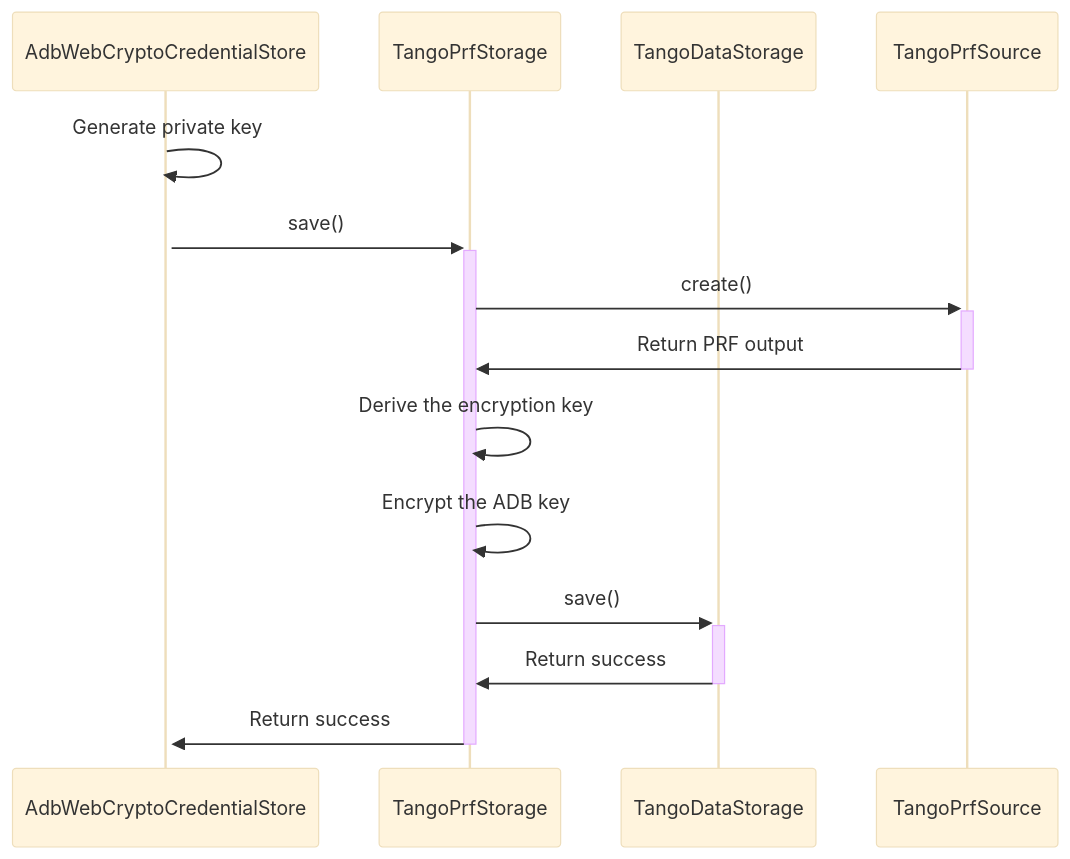
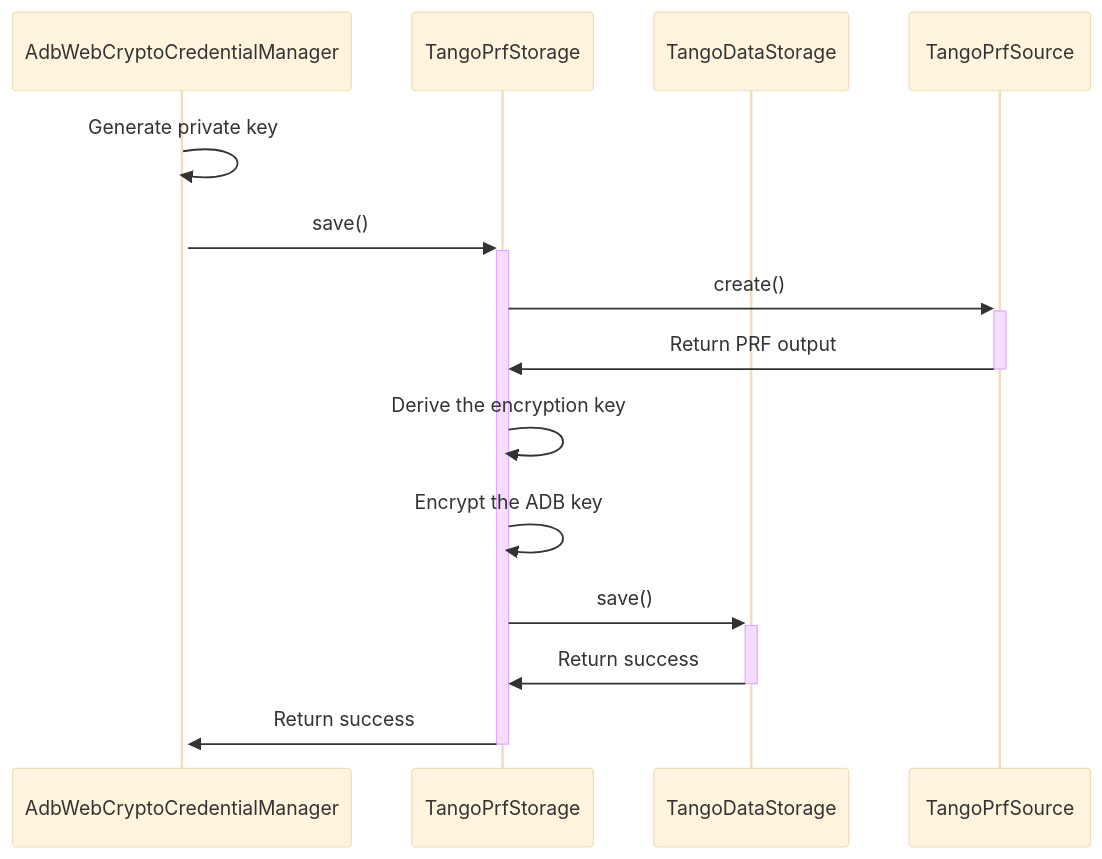
The third of 6 diagrams in docs/tango/daemon/credential-store/prf.mdx (tango-adb/docs), drawn with Mermaid (base theme) before and after one commit. The commit also changed other lines of this file and 8 other files, not shown here.

Commit message:
update credential manager section

````diff
--- a/docs/tango/daemon/credential-store/prf.mdx
+++ b/docs/tango/daemon/credential-store/prf.mdx
@@ -50,22 +50,22 @@
 ```mermaid
 sequenceDiagram
 
-participant AdbWebCryptoCredentialStore
+participant AdbWebCryptoCredentialManager
 participant TangoPrfStorage
 participant TangoDataStorage
 participant TangoPrfSource
 
-AdbWebCryptoCredentialStore->>+AdbWebCryptoCredentialStore: Generate private key
-AdbWebCryptoCredentialStore->>+TangoPrfStorage: save()
+AdbWebCryptoCredentialManager->>+AdbWebCryptoCredentialManager: Generate private key
+AdbWebCryptoCredentialManager->>+TangoPrfStorage: save()
 
 TangoPrfStorage->>+TangoPrfSource: create()
 TangoPrfSource->>-TangoPrfStorage: Return PRF output
 
 TangoPrfStorage->>TangoPrfStorage: Derive the encryption key
 TangoPrfStorage->>TangoPrfStorage: Encrypt the ADB key
 
 TangoPrfStorage->>+TangoDataStorage: save()
 TangoDataStorage->>-TangoPrfStorage: Return success
 
-TangoPrfStorage->>-AdbWebCryptoCredentialStore: Return success
+TangoPrfStorage->>-AdbWebCryptoCredentialManager: Return success
 ```
````
